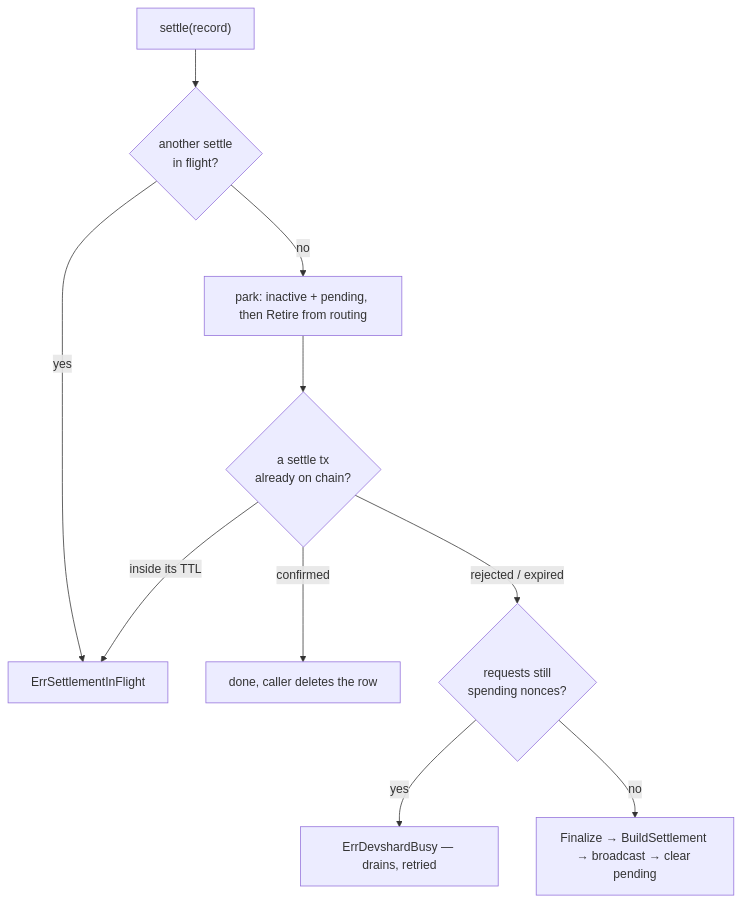
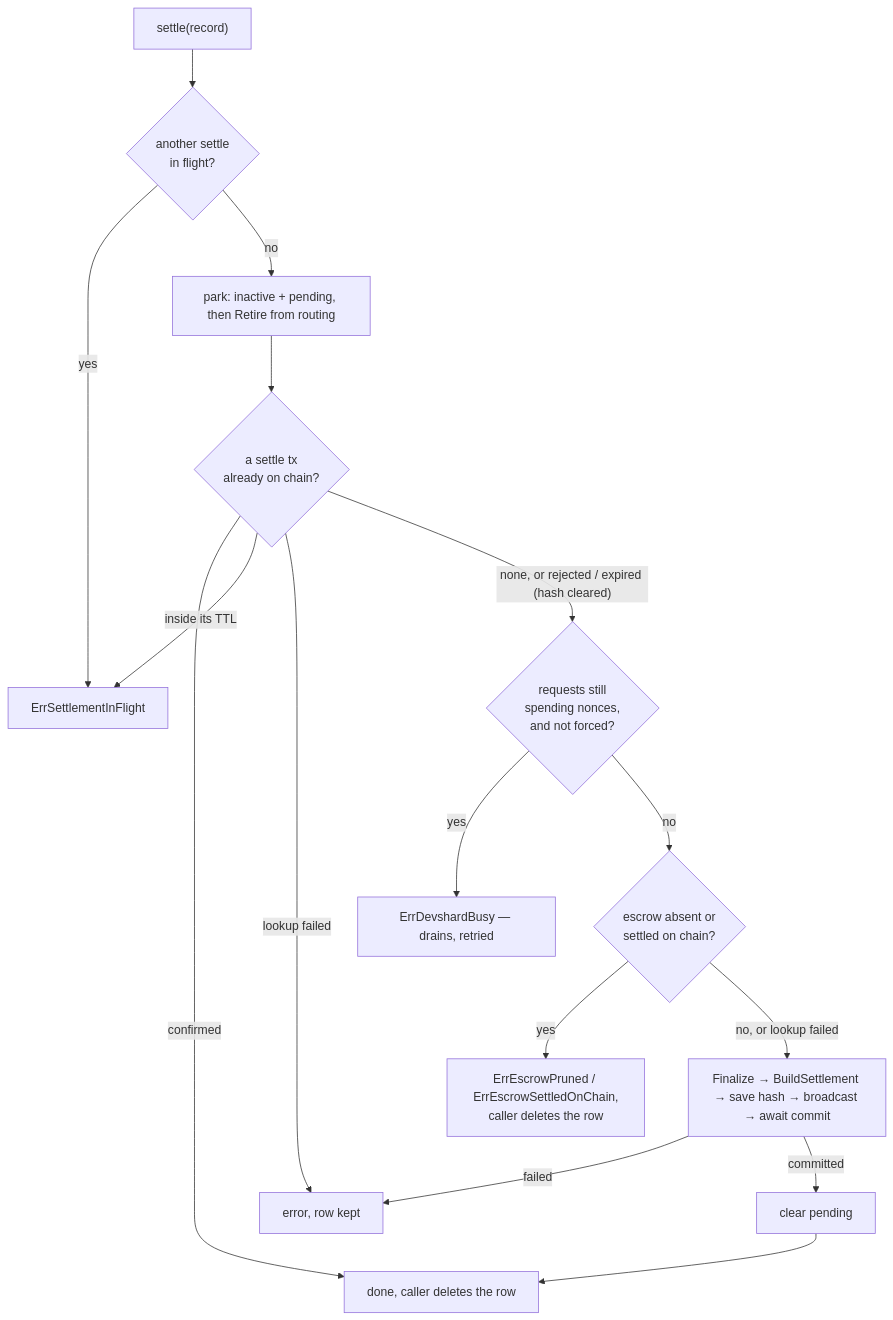
The third of 3 diagrams in devshard/cmd/gateway/docs/escrows.md (kaileido/gonka), drawn with Mermaid before and after one commit. The commit also changed other lines of this file and 8 other files, not shown here.

````diff
--- a/devshard/cmd/gateway/docs/escrows.md
+++ b/devshard/cmd/gateway/docs/escrows.md
@@ -155,12 +158,18 @@
 ```mermaid
 graph TD
     S["settle(record)"] --> D{"another settle<br/>in flight?"}
     D -->|yes| IF["ErrSettlementInFlight"]
     D -->|no| P["park: inactive + pending, then Retire from routing"]
     P --> AS{"a settle tx<br/>already on chain?"}
     AS -->|"confirmed"| OK["done, caller deletes the row"]
     AS -->|"inside its TTL"| IF
-    AS -->|"rejected / expired"| B{"requests still<br/>spending nonces?"}
+    AS -->|"lookup failed"| ERR["error, row kept"]
+    AS -->|"none, or rejected / expired (hash cleared)"| B{"requests still<br/>spending nonces,<br/>and not forced?"}
     B -->|yes| BUSY["ErrDevshardBusy — drains, retried"]
-    B -->|no| F["Finalize → BuildSettlement → broadcast → clear pending"]
+    B -->|no| GC{"escrow absent or<br/>settled on chain?"}
+    GC -->|yes| GONE["ErrEscrowPruned / ErrEscrowSettledOnChain,<br/>caller deletes the row"]
+    GC -->|"no, or lookup failed"| F["Finalize → BuildSettlement → save hash → broadcast → await commit"]
+    F -->|failed| ERR
+    F -->|committed| CLR["clear pending"]
+    CLR --> OK
 ```
````
